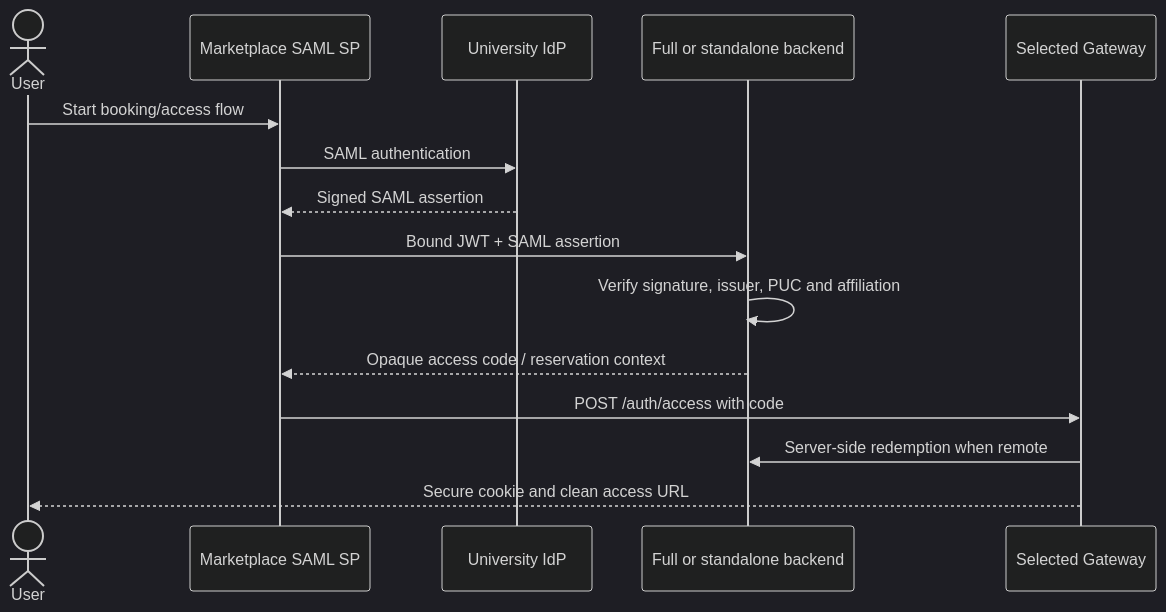
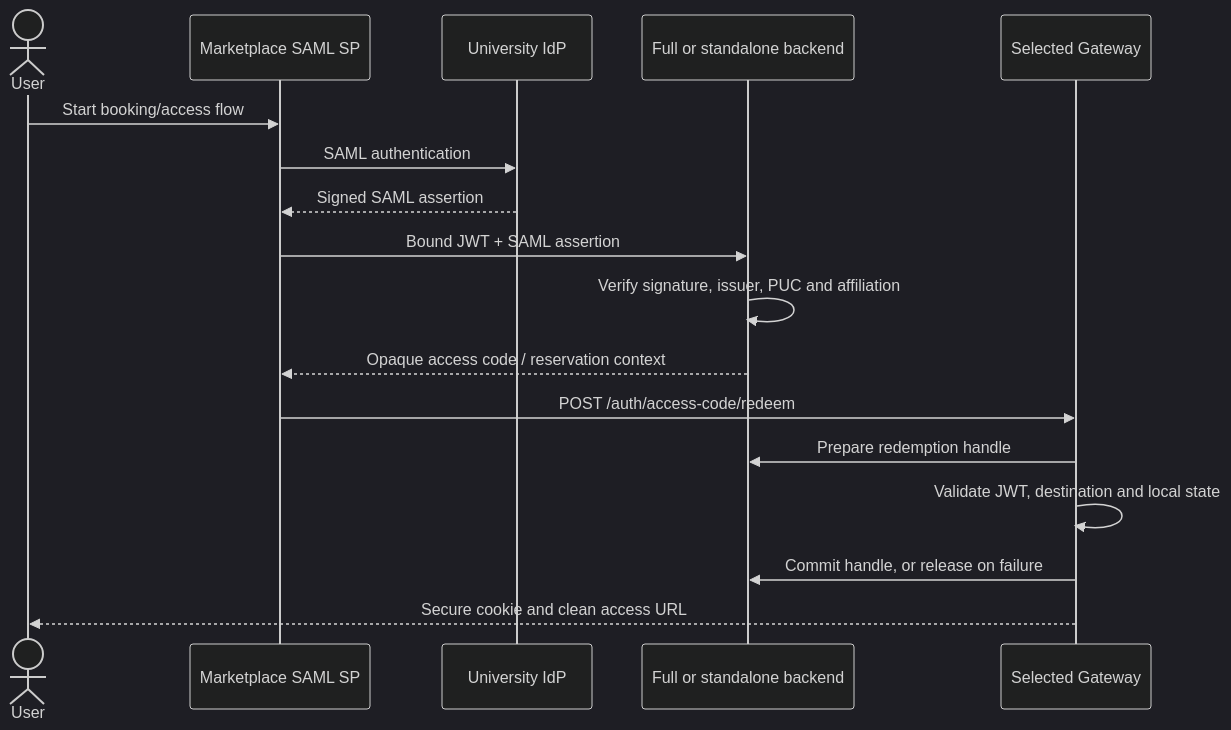
Before and after one commit to DecentraLabsCom/Lab-Gateway: the diagram in docs/edugain/edugain-federation.md, drawn with Mermaid (dark theme). The commit also changed 34 other files, not shown here.

Commit message:
Align gateway access flow and documentation

````diff
--- a/docs/edugain/edugain-federation.md
+++ b/docs/edugain/edugain-federation.md
@@ -19,18 +19,20 @@
 ```mermaid
 sequenceDiagram
     actor User
     participant M as Marketplace SAML SP
     participant IdP as University IdP
     participant B as Full or standalone backend
     participant L as Selected Gateway
 
     User->>M: Start booking/access flow
     M->>IdP: SAML authentication
     IdP-->>M: Signed SAML assertion
     M->>B: Bound JWT + SAML assertion
     B->>B: Verify signature, issuer, PUC and affiliation
     B-->>M: Opaque access code / reservation context
-    M->>L: POST /auth/access with code
-    L->>B: Server-side redemption when remote
+    M->>L: POST /auth/access-code/redeem
+    L->>B: Prepare redemption handle
+    L->>L: Validate JWT, destination and local state
+    L->>B: Commit handle, or release on failure
     L-->>User: Secure cookie and clean access URL
 ```
````
